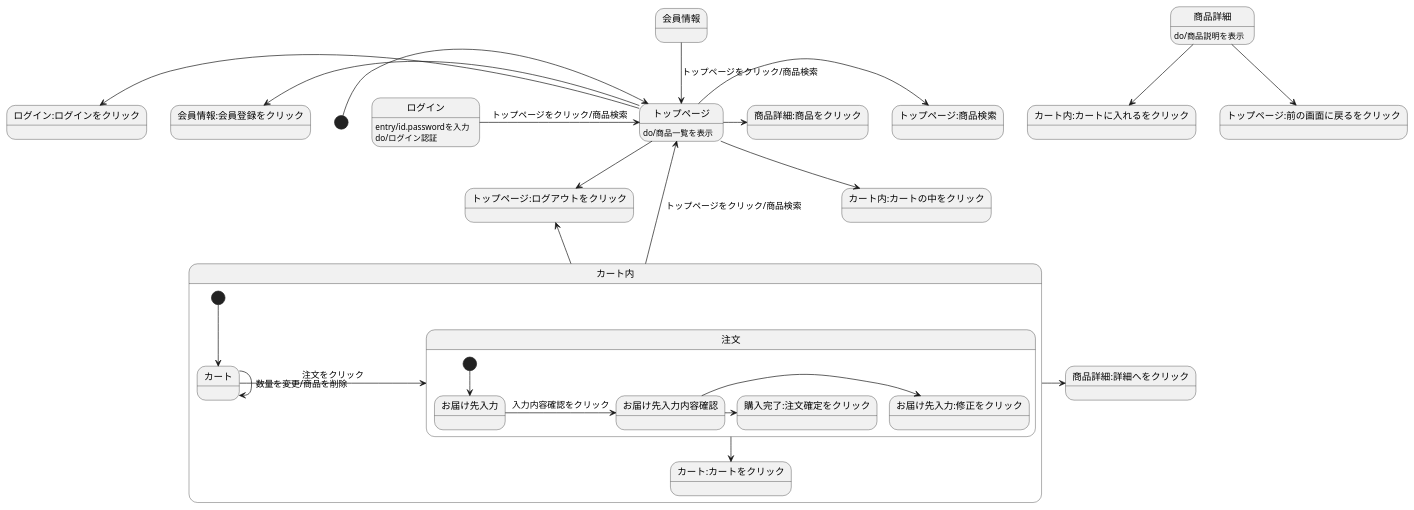
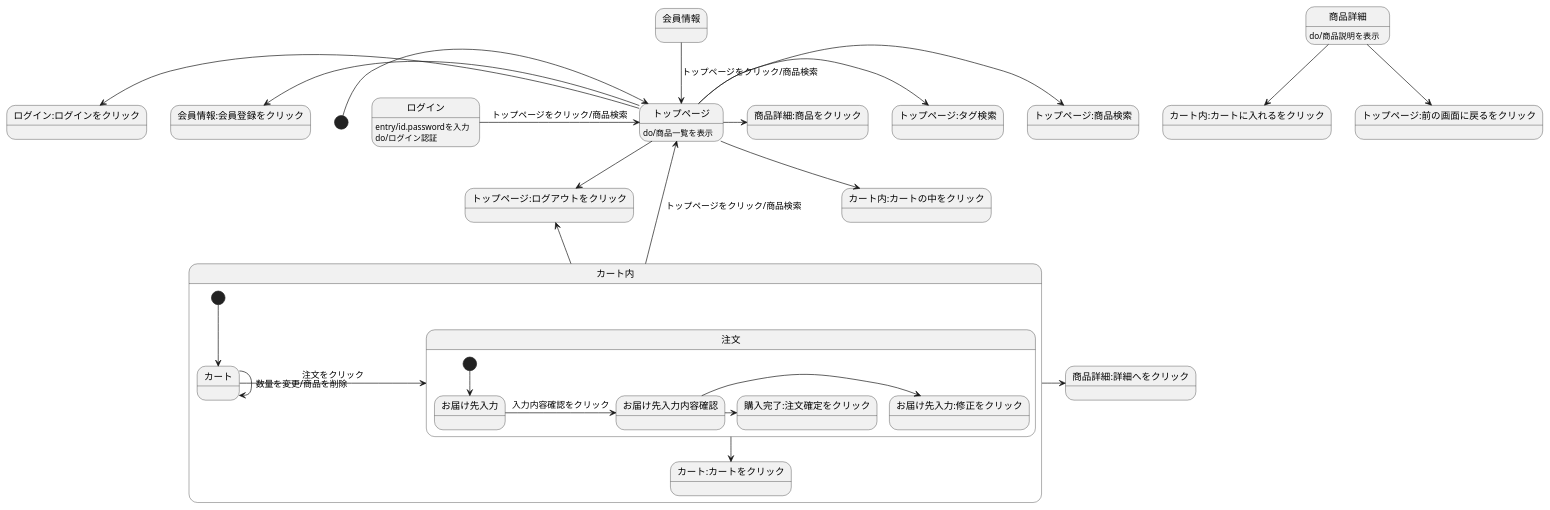
One commit to Aso2001219/2021sys-design changed the diagram in kinouichiran06.md. Above: the diagram before and after it, drawn with PlantUML.

````diff
--- a/kinouichiran06.md
+++ b/kinouichiran06.md
@@ -2,35 +2,36 @@
 ```uml
 @startuml
 [*] -> トップページ
 会員情報 --> トップページ:トップページをクリック/商品検索
 ログイン -> トップページ:トップページをクリック/商品検索
 ログイン:entry/id.passwordを入力
 ログイン:do/ログイン認証
 トップページ --> トップページ:ログアウトをクリック
 トップページ -> トップページ:商品検索
+トップページ -> トップページ:タグ検索
 トップページ -> 商品詳細:商品をクリック
 トップページ -left-> 会員情報:会員登録をクリック
 トップページ -left-> ログイン:ログインをクリック
 トップページ --> カート内:カートの中をクリック
 トップページ:do/商品一覧を表示
 商品詳細 --> カート内:カートに入れるをクリック
 商品詳細 --> トップページ:前の画面に戻るをクリック
 商品詳細:do/商品説明を表示
 カート内-up-> トップページ:トップページをクリック/商品検索
 カート内-up-> トップページ:ログアウトをクリック
 カート内-> 商品詳細:詳細へをクリック
 
 state カート内{
  [*] --> カート
  カート->注文 : 注文をクリック
  カート-> カート:数量を変更/商品を削除
  注文 --> カート:カートをクリック
  state 注文{
   [*] --> お届け先入力
   お届け先入力 -> お届け先入力内容確認 : 入力内容確認をクリック
   お届け先入力内容確認 -> お届け先入力:修正をクリック
   お届け先入力内容確認 -> 購入完了:注文確定をクリック
  }
 }
 @enduml
 ```
````
